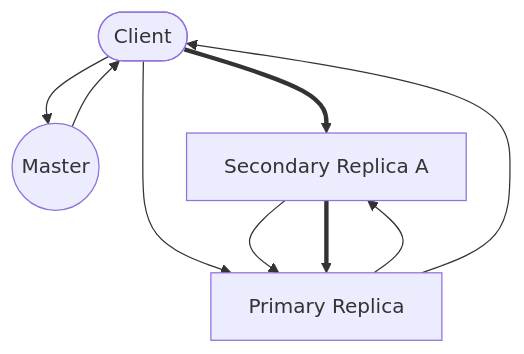
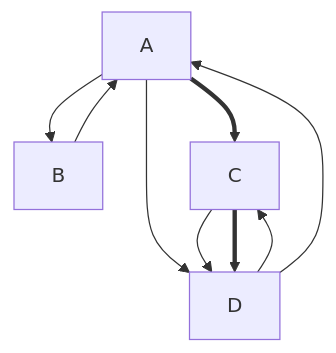
The second of 5 diagrams in _posts/2022-07-08-test-mermaid.md (cs0/cs0.github.io), drawn with Mermaid before and after one commit.

````diff
--- a/_posts/2022-07-08-test-mermaid.md
+++ b/_posts/2022-07-08-test-mermaid.md
@@ -19,15 +19,11 @@
 ```mermaid
 graph TB;
-    A([Client])
-    B((Master))
-    C[Secondary Replica A]
-    D[Primary Replica]
     A --> B;
     B --> A;
     A ==> C;
     A --> D;
     C --> D;
     C ==> D
     D --> C;
     D --> A;
 ```
````
